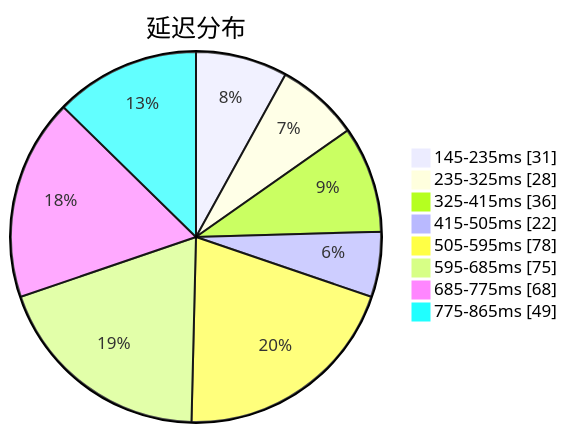
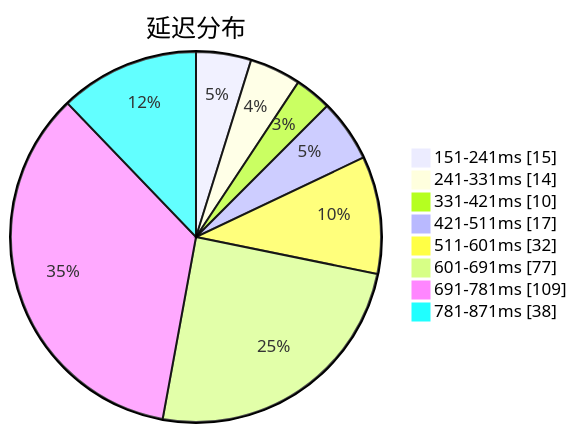
One commit to qjlxg/airport changed the first of 3 diagrams in subs/statistics/tested_within.md. Above: the diagram before and after it, drawn with Mermaid. The commit also changed other lines of this file and 2 other files, not shown here.

Commit message:
Tested by metaST

````diff
--- a/subs/statistics/tested_within.md
+++ b/subs/statistics/tested_within.md
@@ -2,12 +2,12 @@
 ```mermaid
 pie showData
 title 延迟分布
-"145-235ms" : 31
-"235-325ms" : 28
-"325-415ms" : 36
-"415-505ms" : 22
-"505-595ms" : 78
-"595-685ms" : 75
-"685-775ms" : 68
-"775-865ms" : 49
+"151-241ms" : 15
+"241-331ms" : 14
+"331-421ms" : 10
+"421-511ms" : 17
+"511-601ms" : 32
+"601-691ms" : 77
+"691-781ms" : 109
+"781-871ms" : 38
 ```
````
